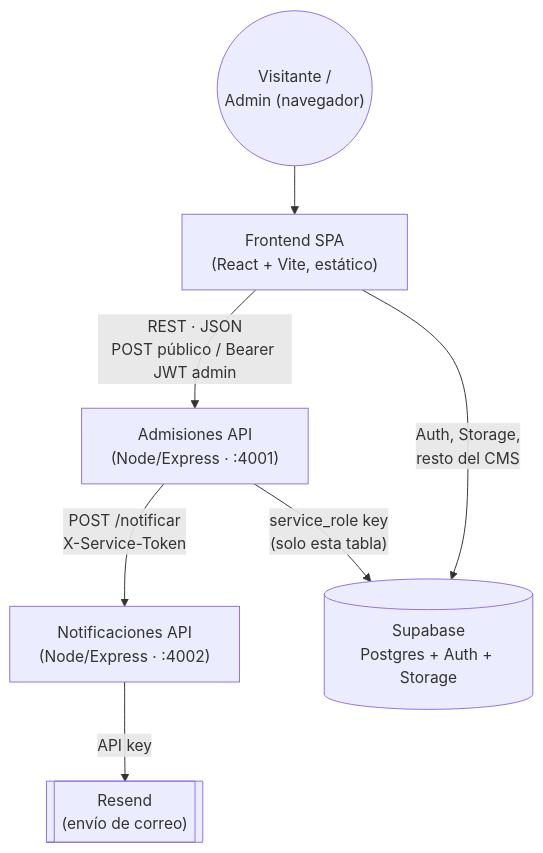
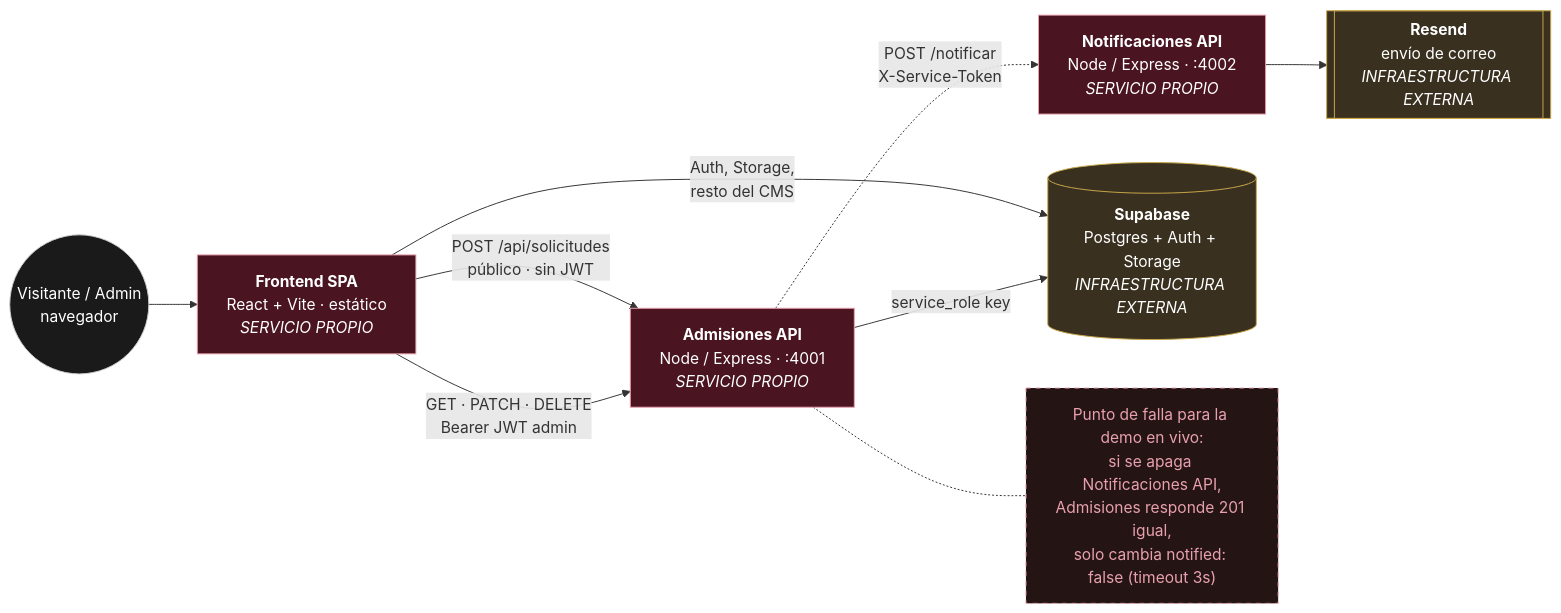
Before and after one commit to Yadira-rs/pagWeb_universidad: the diagram in ARQUITECTURA.md, drawn with Mermaid. The commit also changed other lines of this file and 37 other files, not shown here.

````diff
--- a/ARQUITECTURA.md
+++ b/ARQUITECTURA.md
@@ -9,16 +9,28 @@
 ```mermaid
-flowchart TB
-    Visitante(("Visitante /\nAdmin (navegador)"))
-    Frontend["Frontend SPA\n(React + Vite, estático)"]
-    Admisiones["Admisiones API\n(Node/Express · :4001)"]
-    Notif["Notificaciones API\n(Node/Express · :4002)"]
-    Supabase[("Supabase\nPostgres + Auth + Storage")]
-    Resend[["Resend\n(envío de correo)"]]
+flowchart LR
+    Visitante(("Visitante / Admin<br/>navegador"))
+    Frontend["<b>Frontend SPA</b><br/>React + Vite · estático<br/><i>SERVICIO PROPIO</i>"]
+    Admisiones["<b>Admisiones API</b><br/>Node / Express · :4001<br/><i>SERVICIO PROPIO</i>"]
+    Notif["<b>Notificaciones API</b><br/>Node / Express · :4002<br/><i>SERVICIO PROPIO</i>"]
+    Supabase[("<b>Supabase</b><br/>Postgres + Auth + Storage<br/><i>INFRAESTRUCTURA EXTERNA</i>")]
+    Resend[["<b>Resend</b><br/>envío de correo<br/><i>INFRAESTRUCTURA EXTERNA</i>"]]
+    Falla["Punto de falla para la demo en vivo:<br/>si se apaga Notificaciones API,<br/>Admisiones responde 201 igual,<br/>solo cambia notified: false (timeout 3s)"]
 
     Visitante --> Frontend
-    Frontend -- "REST · JSON\nPOST público / Bearer JWT admin" --> Admisiones
-    Frontend -- "Auth, Storage,\nresto del CMS" --> Supabase
-    Admisiones -- "service_role key\n(solo esta tabla)" --> Supabase
-    Admisiones -- "POST /notificar\nX-Service-Token" --> Notif
-    Notif -- "API key" --> Resend
+    Frontend -- "POST /api/solicitudes<br/>público · sin JWT" --> Admisiones
+    Frontend -- "GET · PATCH · DELETE<br/>Bearer JWT admin" --> Admisiones
+    Frontend -- "Auth, Storage,<br/>resto del CMS" --> Supabase
+    Admisiones -- "service_role key" --> Supabase
+    Admisiones -. "POST /notificar<br/>X-Service-Token" .-> Notif
+    Notif --> Resend
+    Admisiones -.- Falla
+
+    classDef servicio fill:#4a1420,stroke:#e8a0ae,color:#fff
+    classDef externo fill:#3a3020,stroke:#c9a94a,color:#fff
+    classDef falla fill:#241414,stroke:#e8a0ae,color:#e8a0ae,stroke-dasharray: 5 5
+    classDef actor fill:#1a1a1a,stroke:#ccc,color:#fff
+    class Frontend,Admisiones,Notif servicio
+    class Supabase,Resend externo
+    class Falla falla
+    class Visitante actor
 ```
````
